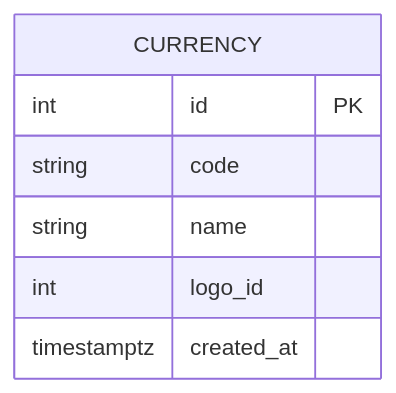
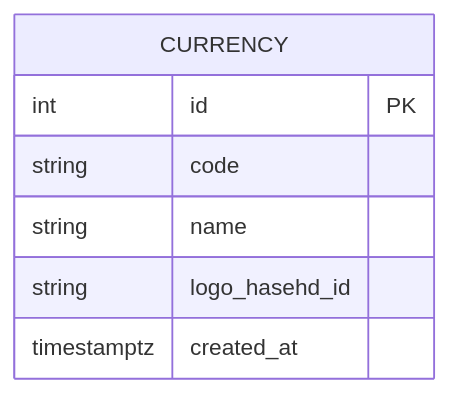
The fourth of 12 diagrams in db/normalized/relations.md (go-park-mail-ru/2025_2_VKarmane), drawn with Mermaid before and after one commit. The commit also changed other lines of this file and 2 other files, not shown here.

````diff
--- a/db/normalized/relations.md
+++ b/db/normalized/relations.md
@@ -97,10 +98,10 @@
 ```mermaid
 erDiagram
     CURRENCY {
         int id PK
         string code
         string name
-        int logo_id
+        string logo_hasehd_id
         timestamptz created_at
     }
 ```
````
